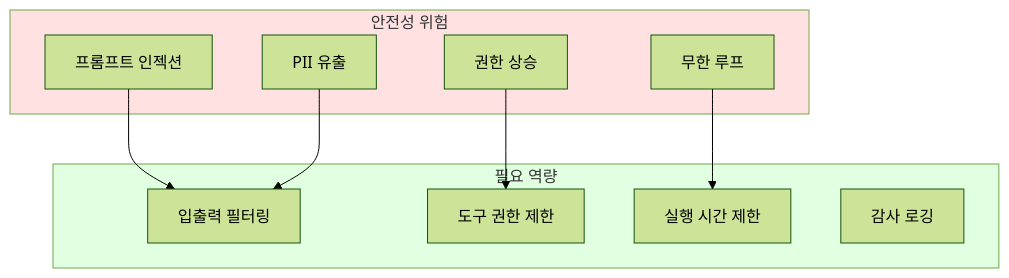
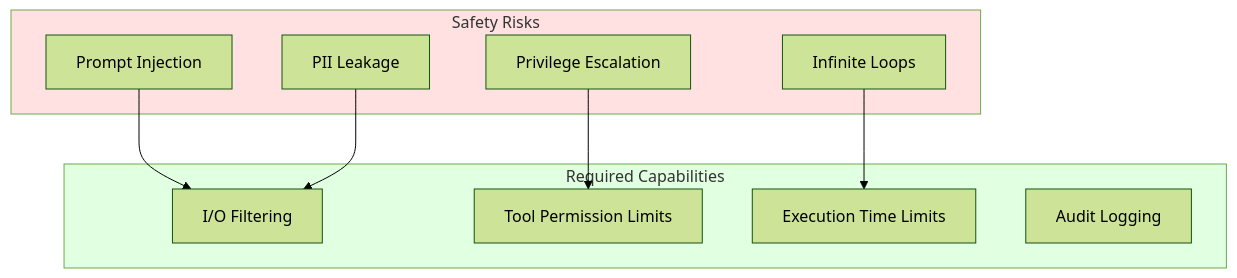
The third of 4 diagrams in docs/agentic-ai-platform/design-architecture/foundations/agentic-ai-challenges.md (devfloor9/engineering-playbook), drawn with Mermaid (forest theme) before and after one commit. The commit also changed other lines of this file and 954 other files, not shown here.

````diff
--- a/docs/agentic-ai-platform/design-architecture/foundations/agentic-ai-challenges.md
+++ b/docs/agentic-ai-platform/design-architecture/foundations/agentic-ai-challenges.md
@@ -237,24 +237,24 @@
 ```mermaid
 flowchart TD
-    subgraph Risks["안전성 위험"]
-        R1["프롬프트 인젝션"]
-        R2["PII 유출"]
-        R3["무한 루프"]
-        R4["권한 상승"]
+    subgraph Risks["Safety Risks"]
+        R1["Prompt Injection"]
+        R2["PII Leakage"]
+        R3["Infinite Loops"]
+        R4["Privilege Escalation"]
     end
 
-    subgraph Needs["필요 역량"]
-        N1["입출력 필터링"]
-        N2["도구 권한 제한"]
-        N3["실행 시간 제한"]
-        N4["감사 로깅"]
+    subgraph Needs["Required Capabilities"]
+        N1["I/O Filtering"]
+        N2["Tool Permission Limits"]
+        N3["Execution Time Limits"]
+        N4["Audit Logging"]
     end
 
     R1 --> N1
     R2 --> N1
     R3 --> N3
     R4 --> N2
 
     style Risks fill:#ffe1e1
     style Needs fill:#e1ffe1
 ```
````
